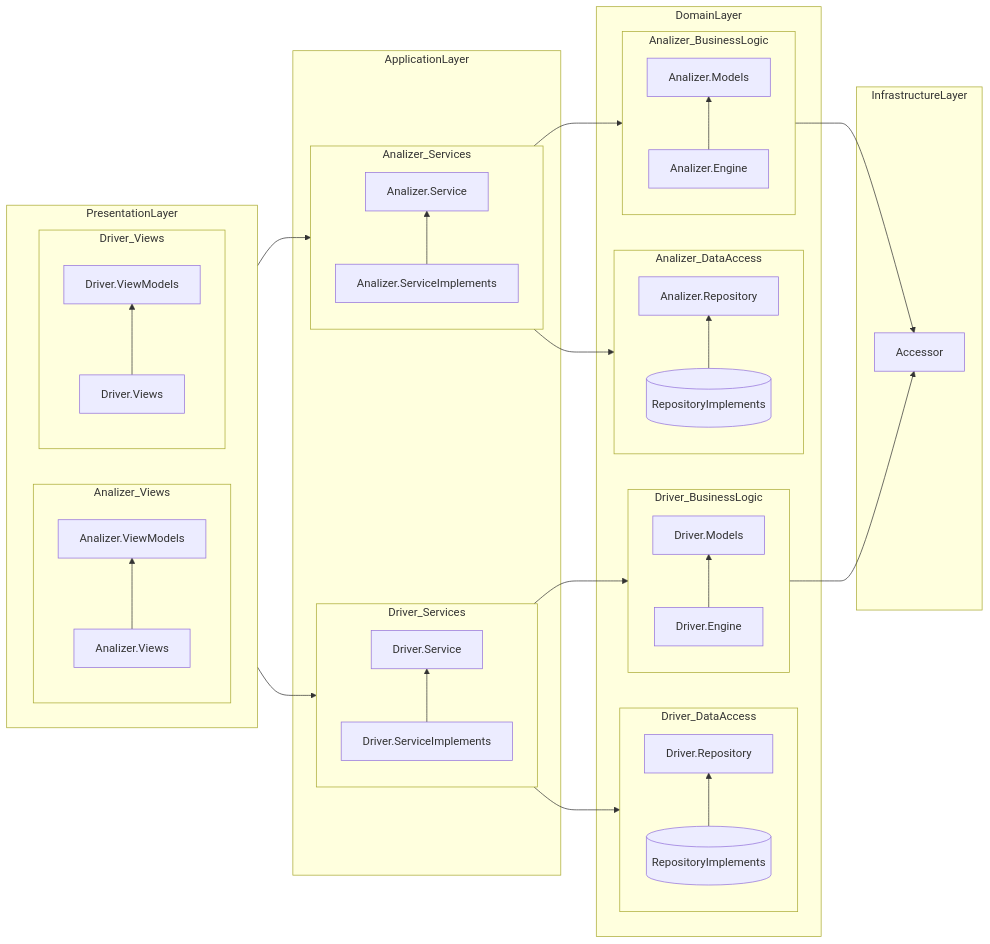
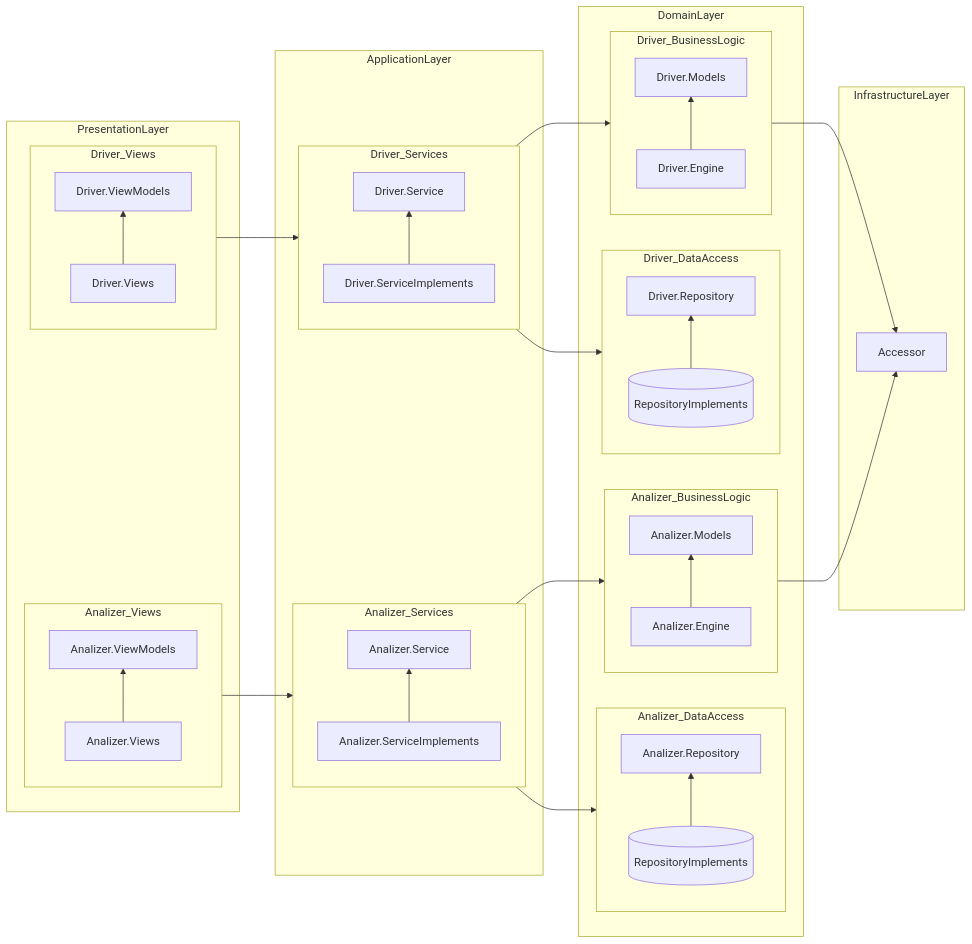
The diagram in doc/mermaid/flow_charts/AssemblyStairWay.md (hidemuu/mov), drawn with Mermaid before and after one commit. The commit also changed 1 other file, not shown here.

Commit message:
20221120_4

````diff
--- a/doc/mermaid/flow_charts/AssemblyStairWay.md
+++ b/doc/mermaid/flow_charts/AssemblyStairWay.md
@@ -1,64 +1,59 @@
 ```mermaid
 flowchart LR
     
     subgraph PresentationLayer
-        direction LR
         subgraph Analizer_Views
             direction BT
             Analizer.Views --> Analizer.ViewModels
         end
         subgraph Driver_Views
             direction BT
             Driver.Views --> Driver.ViewModels
         end
-        
     end
 
     Analizer_Views --> Analizer_Services
     Driver_Views --> Driver_Services
 
     subgraph ApplicationLayer
         subgraph Analizer_Services
             direction BT
             Analizer.ServiceImplements --> Analizer.Service
         end
         
         subgraph Driver_Services
             direction BT
             Driver.ServiceImplements --> Driver.Service
         end
-        
     end
 
     Analizer_Services --> Analizer_BusinessLogic
     Analizer_Services --> Analizer_DataAccess
     Driver_Services --> Driver_BusinessLogic
     Driver_Services --> Driver_DataAccess
 
     subgraph DomainLayer
         subgraph Analizer_BusinessLogic
             direction BT
             Analizer.Engine --> Analizer.Models
         end
-        
         subgraph Analizer_DataAccess
             direction BT
             Analizer.RepositoryImplements[("RepositoryImplements")] --> Analizer.Repository
         end
         subgraph Driver_BusinessLogic
             direction BT
             Driver.Engine --> Driver.Models
         end
-        
         subgraph Driver_DataAccess
             direction BT
             Driver.RepositoryImplements[("RepositoryImplements")] --> Driver.Repository
         end
     end
     
     subgraph InfrastructureLayer
         Analizer_BusinessLogic --> Accessor
         Driver_BusinessLogic --> Accessor
     end
     
 ```
````
